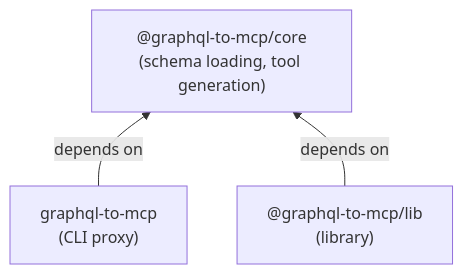
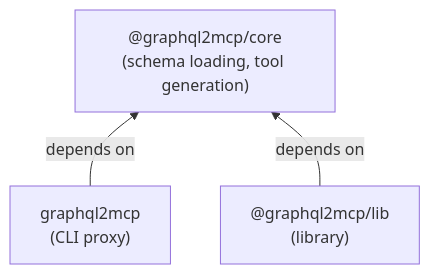
The second of 2 diagrams in docs/architecture.md (KKonstantinov/graphql2mcp), drawn with Mermaid before and after one commit. The commit also changed other lines of this file and 55 other files, not shown here.

Commit message:
rename to graphql2mcp

````diff
--- a/docs/architecture.md
+++ b/docs/architecture.md
@@ -42,9 +42,9 @@
 ```mermaid
 flowchart BT
-    Core["@graphql-to-mcp/core\n(schema loading, tool generation)"]
-    Proxy["graphql-to-mcp\n(CLI proxy)"]
-    Lib["@graphql-to-mcp/lib\n(library)"]
+    Core["@graphql2mcp/core\n(schema loading, tool generation)"]
+    Proxy["graphql2mcp\n(CLI proxy)"]
+    Lib["@graphql2mcp/lib\n(library)"]
 
     Proxy -->|depends on| Core
     Lib -->|depends on| Core
 ```
````
